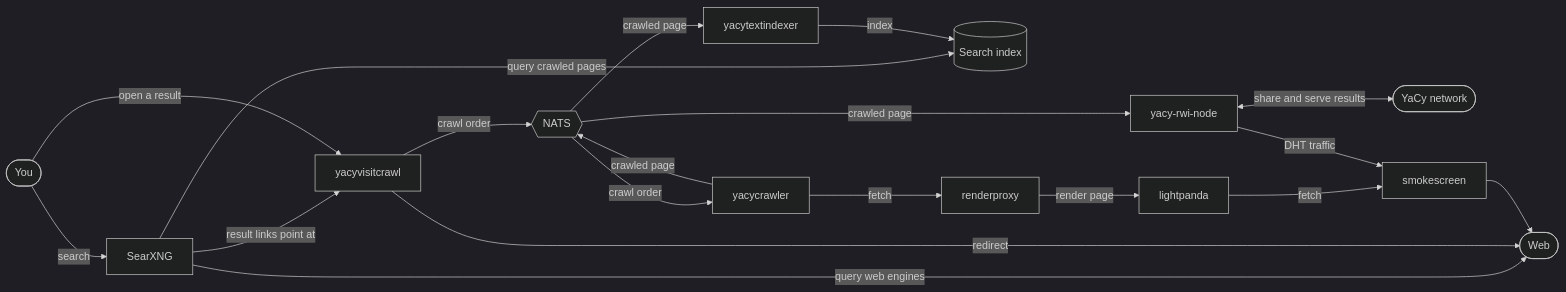
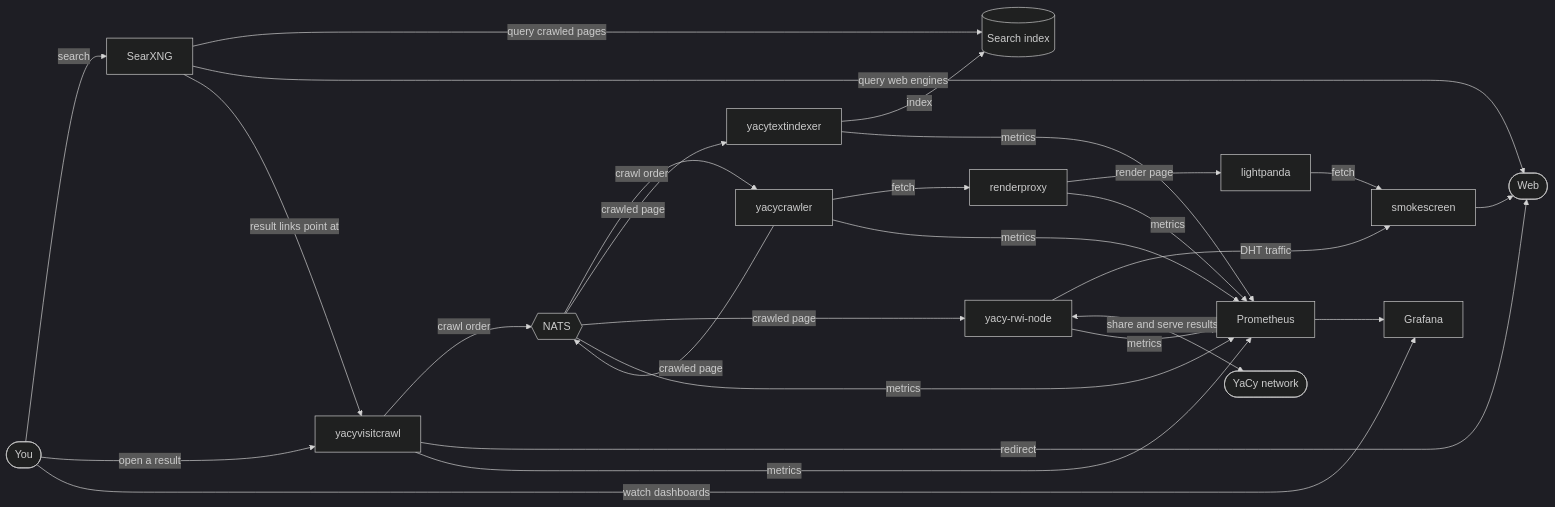
Before and after one commit to nikitakarpei/my-yacy-node: the diagram in examples/full-yacy-stack/README.md, drawn with Mermaid (dark theme). The commit also changed other lines of this file and 8 other files, not shown here.

First line of the commit message:
Add Prometheus and Grafana observability to the full-stack example

````diff
--- a/examples/full-yacy-stack/README.md
+++ b/examples/full-yacy-stack/README.md
@@ -8,28 +8,32 @@
 ```mermaid
 flowchart LR
     You([You])
     Web([Web])
     Net([YaCy network])
 
     You -- search --> searxng[SearXNG]
     searxng -- query crawled pages --> searchindex[(Search index)]
     searxng -- query web engines --> Web
     searxng -- result links point at --> yacyvisitcrawl[yacyvisitcrawl]
 
     You -- open a result --> yacyvisitcrawl
     yacyvisitcrawl -- crawl order --> nats{{NATS}}
     yacyvisitcrawl -- redirect --> Web
 
     nats -- crawl order --> yacycrawler[yacycrawler]
     yacycrawler -- fetch --> renderproxy[renderproxy]
     renderproxy -- render page --> lightpanda[lightpanda]
     lightpanda -- fetch --> smokescreen[smokescreen] --> Web
     yacycrawler -- crawled page --> nats
 
     nats -- crawled page --> yacytextindexer[yacytextindexer]
     yacytextindexer -- index --> searchindex
 
     nats -- crawled page --> node[yacy-rwi-node]
     node -- DHT traffic --> smokescreen
     node <-- share and serve results --> Net
+
+    node & yacycrawler & yacyvisitcrawl & yacytextindexer & renderproxy & nats -- metrics --> prometheus[Prometheus]
+    prometheus --> grafana[Grafana]
+    You -- watch dashboards --> grafana
 ```
````
